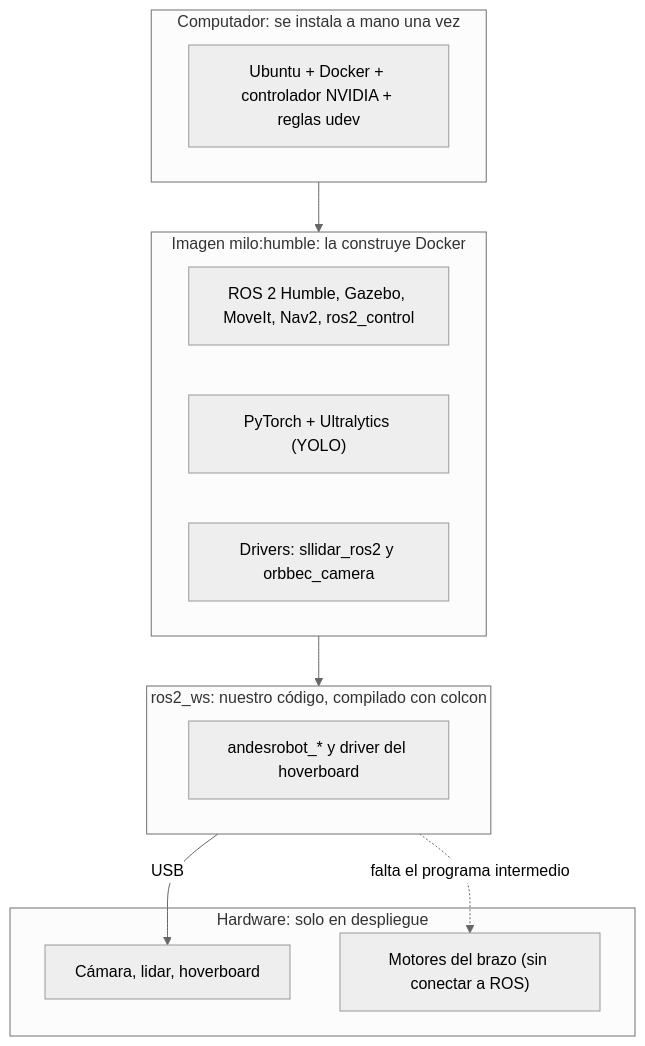
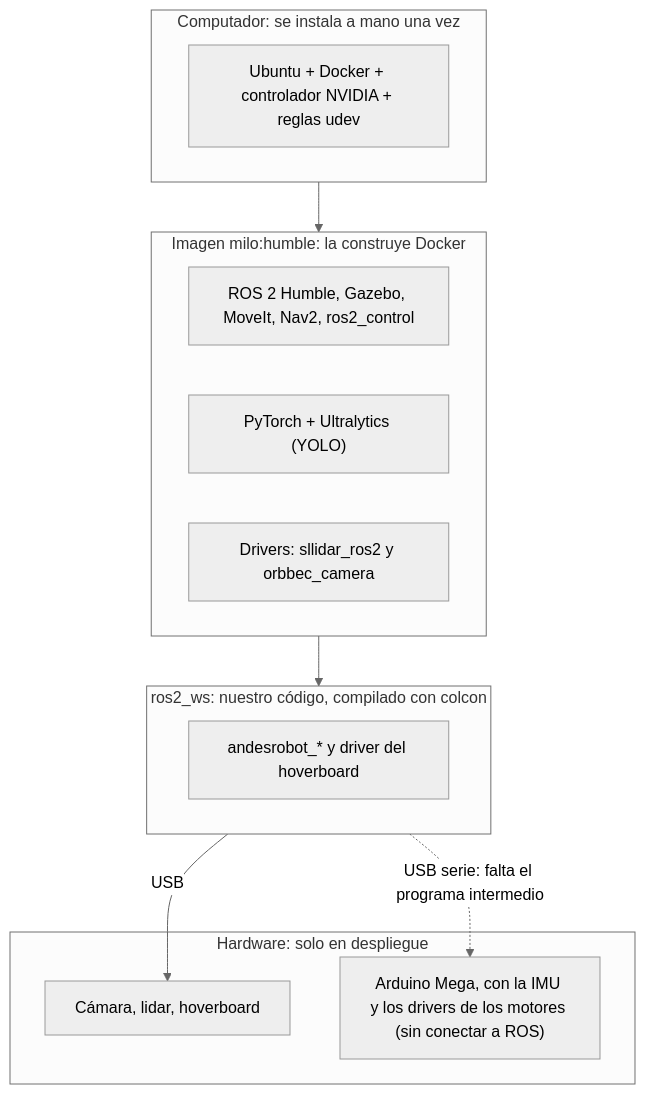
The first of 2 diagrams in docs/dependencias/README.md (Ivan1721/milo_ws), drawn with Mermaid (neutral theme) before and after one commit. The commit also changed other lines of this file and 8 other files, not shown here.

````diff
--- a/docs/dependencias/README.md
+++ b/docs/dependencias/README.md
@@ -37,21 +37,21 @@
 ```mermaid
 flowchart TB
   subgraph PC["Computador: se instala a mano una vez"]
     H["Ubuntu + Docker + controlador NVIDIA + reglas udev"]
   end
   subgraph IMG["Imagen milo:humble: la construye Docker"]
     R["ROS 2 Humble, Gazebo, MoveIt, Nav2, ros2_control"]
     V["PyTorch + Ultralytics (YOLO)"]
     D["Drivers: sllidar_ros2 y orbbec_camera"]
   end
   subgraph WS["ros2_ws: nuestro código, compilado con colcon"]
     M["andesrobot_* y driver del hoverboard"]
   end
   subgraph HW["Hardware: solo en despliegue"]
     C["Cámara, lidar, hoverboard"]
-    A["Motores del brazo (sin conectar a ROS)"]
+    A["Arduino Mega, con la IMU y los drivers de los motores (sin conectar a ROS)"]
   end
   PC --> IMG --> WS
   WS -- "USB" --> C
-  WS -. "falta el programa intermedio" .-> A
+  WS -. "USB serie: falta el programa intermedio" .-> A
 ```
````
